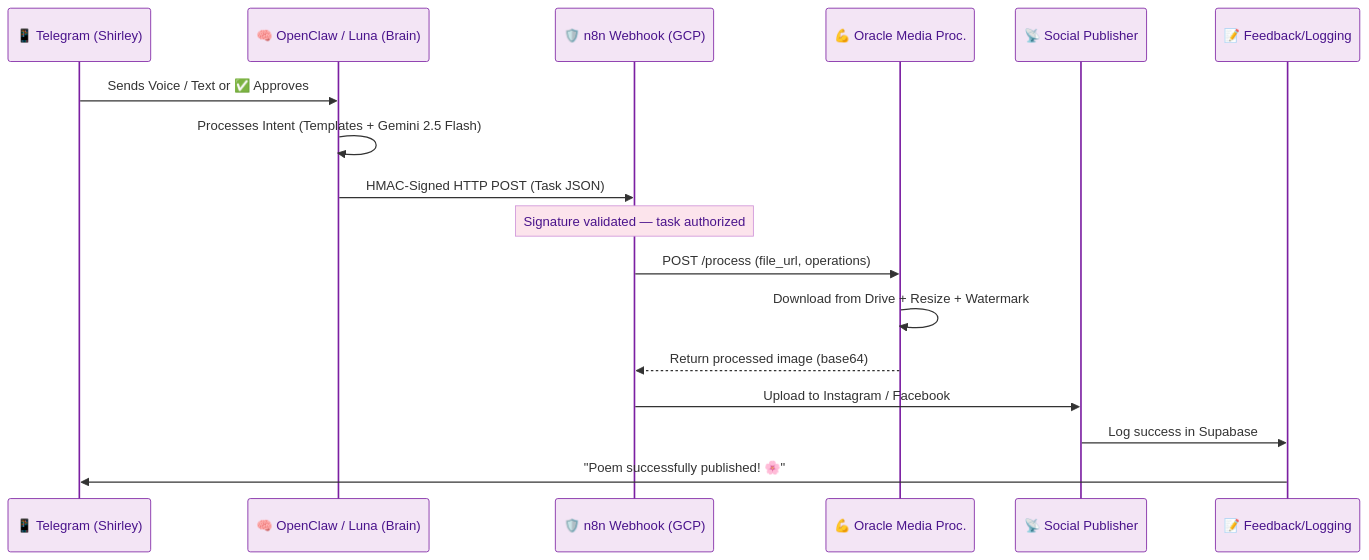
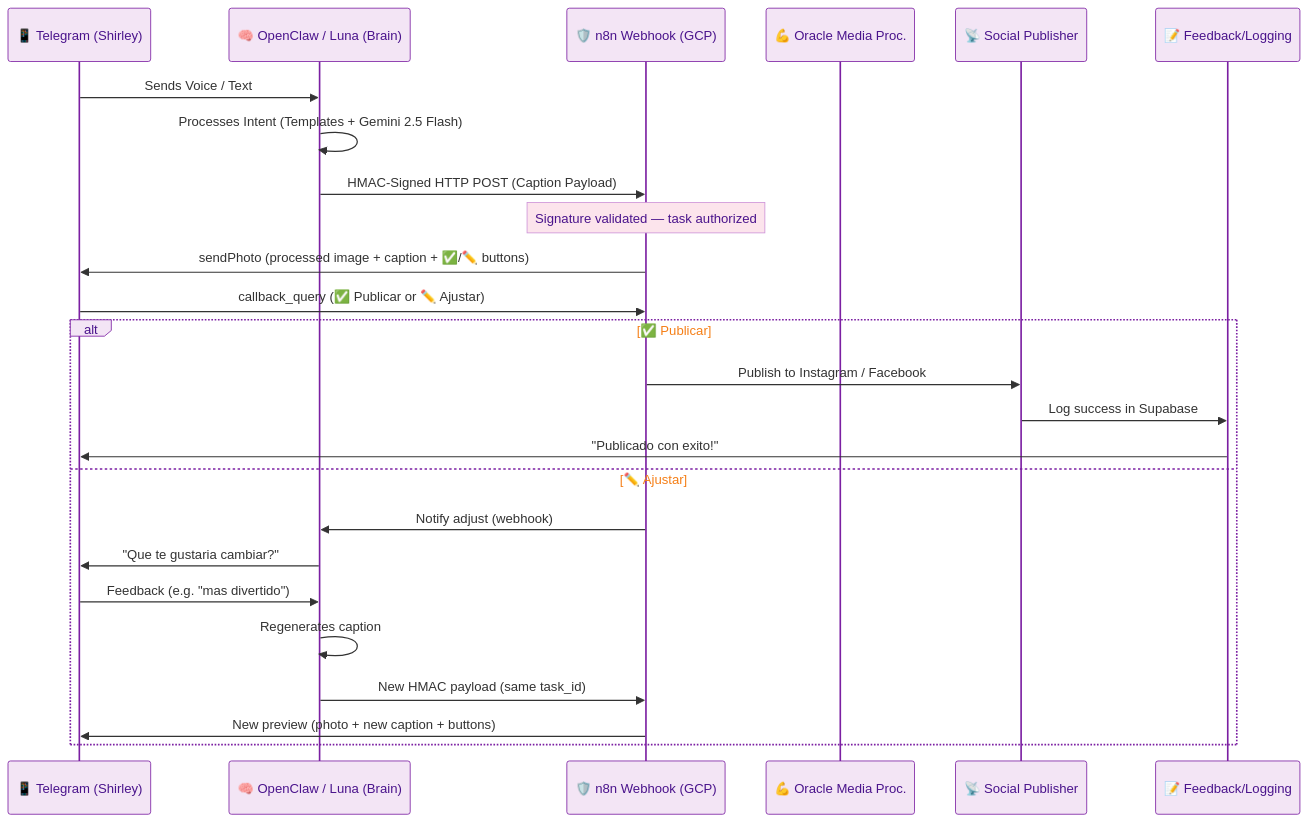
Before and after one commit to aleocampodev/LobsterMarketing: the second of 3 diagrams in specs/architecture.md, drawn with Mermaid. The commit also changed other lines of this file and 12 other files, not shown here.

````diff
--- a/specs/architecture.md
+++ b/specs/architecture.md
@@ -125,33 +129,41 @@
 ```mermaid
 %%{init: {'theme': 'base', 'themeVariables': {
   'actorTextColor': '#4A148C',
   'actorBorder': '#7B1FA2',
   'actorBkg': '#F3E5F5',
   'activationBorderColor': '#F57F17',
   'activationBkgColor': '#FFF8E1',
   'sequenceNumberColor': '#4A148C',
   'noteBorderColor': '#CE93D8',
   'noteBkgColor': '#FCE4EC',
   'noteTextColor': '#4A148C',
   'labelTextColor': '#4A148C',
   'loopTextColor': '#F57F17'
 }}}%%
 sequenceDiagram
     participant T as 📱 Telegram (Shirley)
     participant O as 🧠 OpenClaw / Luna (Brain)
     participant W as 🛡️ n8n Webhook (GCP)
     participant MP as 💪 Oracle Media Proc.
     participant SP as 📡 Social Publisher
     participant FL as 📝 Feedback/Logging
 
-    T->>O: Sends Voice / Text or ✅ Approves
+    T->>O: Sends Voice / Text
     O->>O: Processes Intent (Templates + Gemini 2.5 Flash)
-    O->>W: HMAC-Signed HTTP POST (Task JSON)
+    O->>W: HMAC-Signed HTTP POST (Caption Payload)
     Note over W: Signature validated — task authorized
-    W->>MP: POST /process (file_url, operations)
-    MP->>MP: Download from Drive + Resize + Watermark
-    MP-->>W: Return processed image (base64)
-    W->>SP: Upload to Instagram / Facebook
-    SP->>FL: Log success in Supabase
-    FL->>T: "Poem successfully published! 🌸"
+    W->>T: sendPhoto (processed image + caption + ✅/✏️ buttons)
+    T->>W: callback_query (✅ Publicar or ✏️ Ajustar)
+    alt ✅ Publicar
+        W->>SP: Publish to Instagram / Facebook
+        SP->>FL: Log success in Supabase
+        FL->>T: "Publicado con exito!"
+    else ✏️ Ajustar
+        W->>O: Notify adjust (webhook)
+        O->>T: "Que te gustaria cambiar?"
+        T->>O: Feedback (e.g. "mas divertido")
+        O->>O: Regenerates caption
+        O->>W: New HMAC payload (same task_id)
+        W->>T: New preview (photo + new caption + buttons)
+    end
 ```
````
